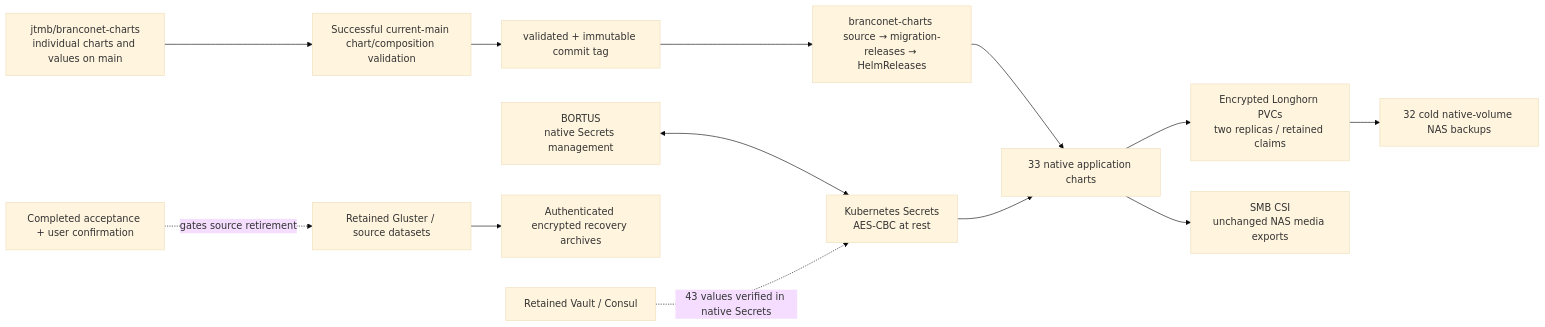
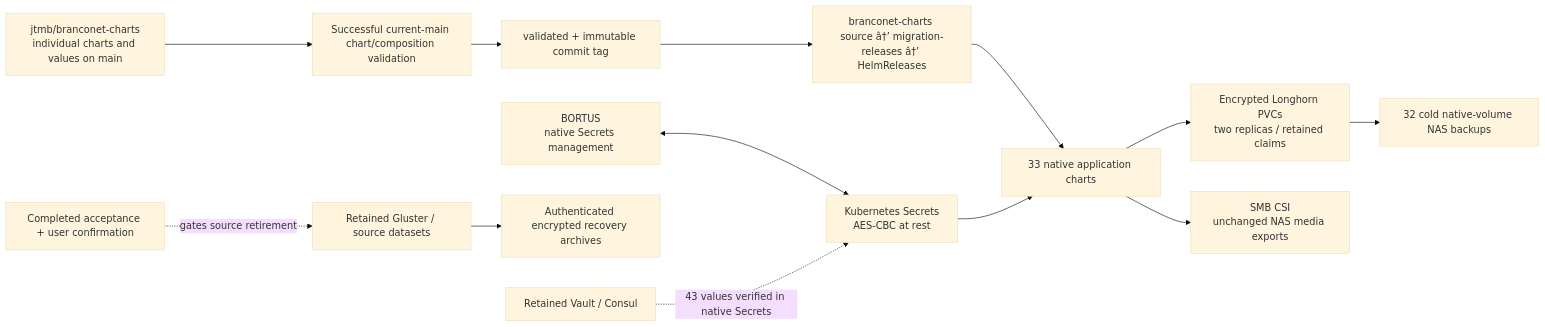
The fourth of 4 diagrams in PLAN.md (jtmb/branconet-homelab), drawn with Mermaid (base theme) before and after one commit. The commit also changed other lines of this file and 5 other files, not shown here.

````diff
--- a/PLAN.md
+++ b/PLAN.md
@@ -239,14 +239,14 @@
 ```mermaid
 flowchart LR
     Repo["jtmb/branconet-charts<br/>individual charts and values on main"] --> CI["Successful current-main chart/composition validation"]
-    CI --> Branch["validated + immutable commit tag"] --> Flux["branconet-charts source → migration-releases → HelmReleases"]
+    CI --> Branch["validated + immutable commit tag"] --> Flux["branconet-charts source â†’ migration-releases â†’ HelmReleases"]
     Flux --> Apps["33 native application charts"]
     Native["Kubernetes Secrets<br/>AES-CBC at rest"] --> Apps
     Bortus["BORTUS<br/>native Secrets management"] <--> Native
     Apps --> State["Encrypted Longhorn PVCs<br/>two replicas / retained claims"]
     Apps --> Media["SMB CSI<br/>unchanged NAS media exports"]
     State --> NAS["32 cold native-volume NAS backups"]
     Old["Retained Gluster / source datasets"] --> Archive["Authenticated encrypted recovery archives"]
     Vault["Retained Vault / Consul"] -. "43 values verified in native Secrets" .-> Native
     Approval["Completed acceptance + user confirmation"] -. "gates source retirement" .-> Old
 ```
````
